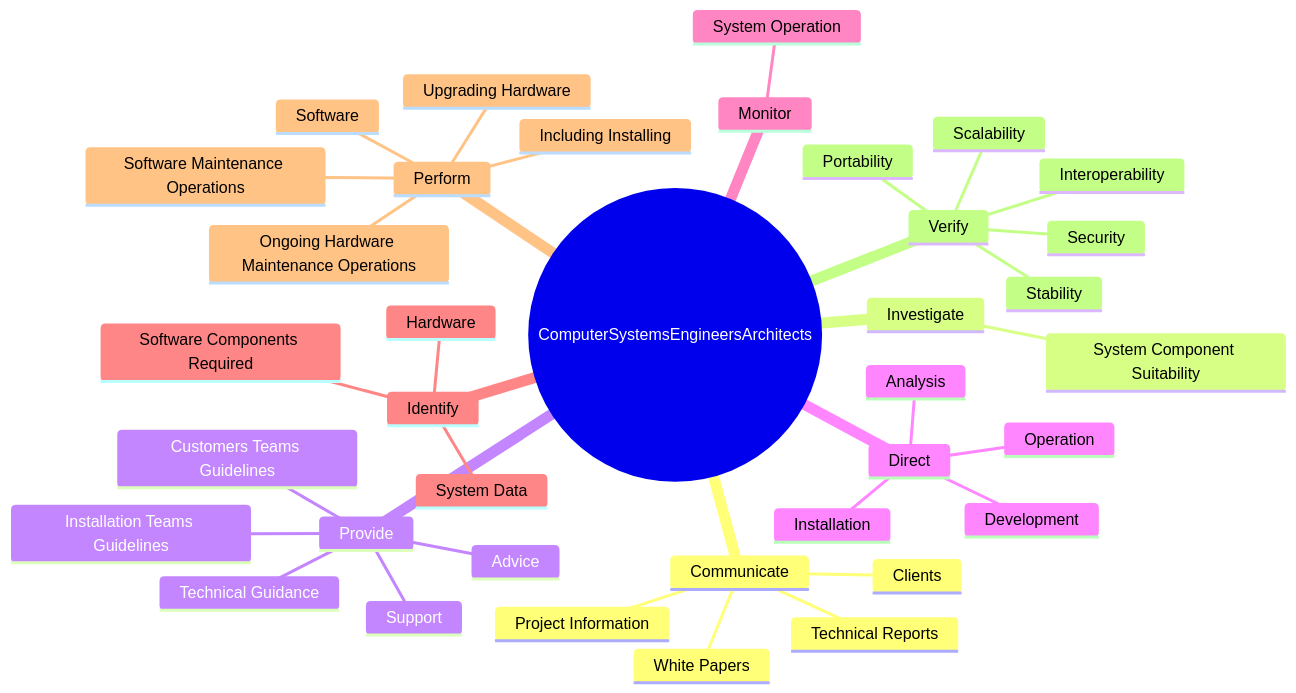
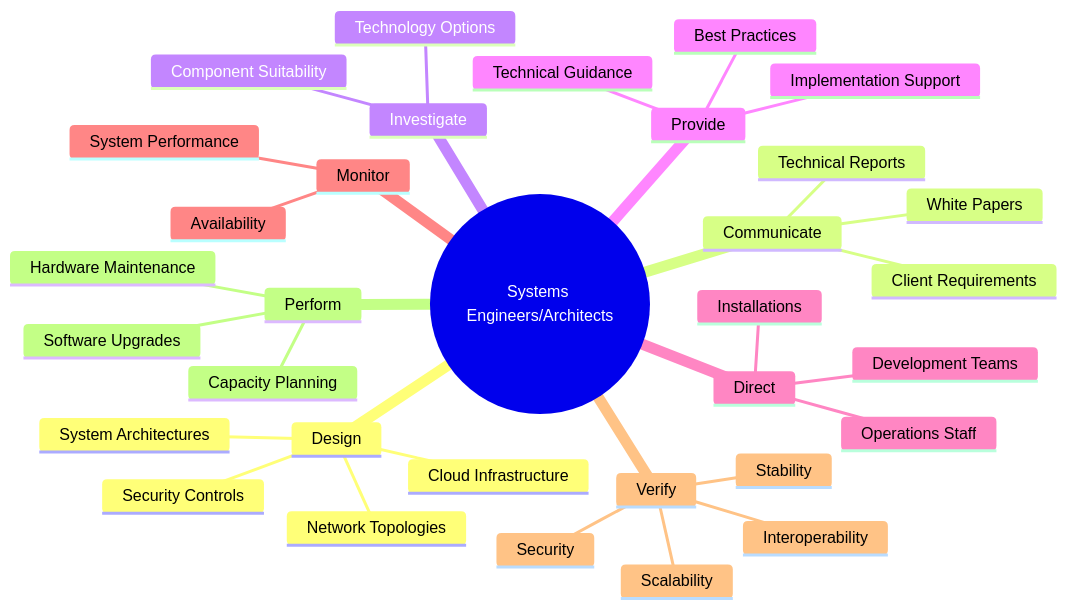
The second of 4 diagrams in occupations/Technology/ComputerSystemsEngineersArchitects.mdx (kziemski/business.org.ai), drawn with Mermaid before and after one commit. The commit also changed other lines of this file and 938 other files, not shown here.

````diff
--- a/occupations/Technology/ComputerSystemsEngineersArchitects.mdx
+++ b/occupations/Technology/ComputerSystemsEngineersArchitects.mdx
@@ -38,40 +46,36 @@
 ```mermaid
 mindmap
-    root(("ComputerSystemsEngineersArchitects"))
+    root(("Systems Engineers/Architects"))
+        Design
+            System Architectures
+            Network Topologies
+            Cloud Infrastructure
+            Security Controls
         Communicate
-            Clients
-            Project Information
+            Client Requirements
             Technical Reports
             White Papers
         Investigate
-            System Component Suitability
+            Component Suitability
+            Technology Options
         Provide
-            Customers Teams Guidelines
-            Installation Teams Guidelines
             Technical Guidance
-            Support
-            Advice
+            Implementation Support
+            Best Practices
         Direct
-            Analysis
-            Development
-            Operation
-            Installation
+            Development Teams
+            Operations Staff
+            Installations
         Monitor
-            System Operation
-        Identify
-            System Data
-            Hardware
-            Software Components Required
-        Perform
-            Ongoing Hardware Maintenance Operations
-            Software Maintenance Operations
-            Including Installing
-            Upgrading Hardware
-            Software
+            System Performance
+            Availability
         Verify
             Stability
             Interoperability
-            Portability
             Security
             Scalability
+        Perform
+            Hardware Maintenance
+            Software Upgrades
+            Capacity Planning
 ```
````
